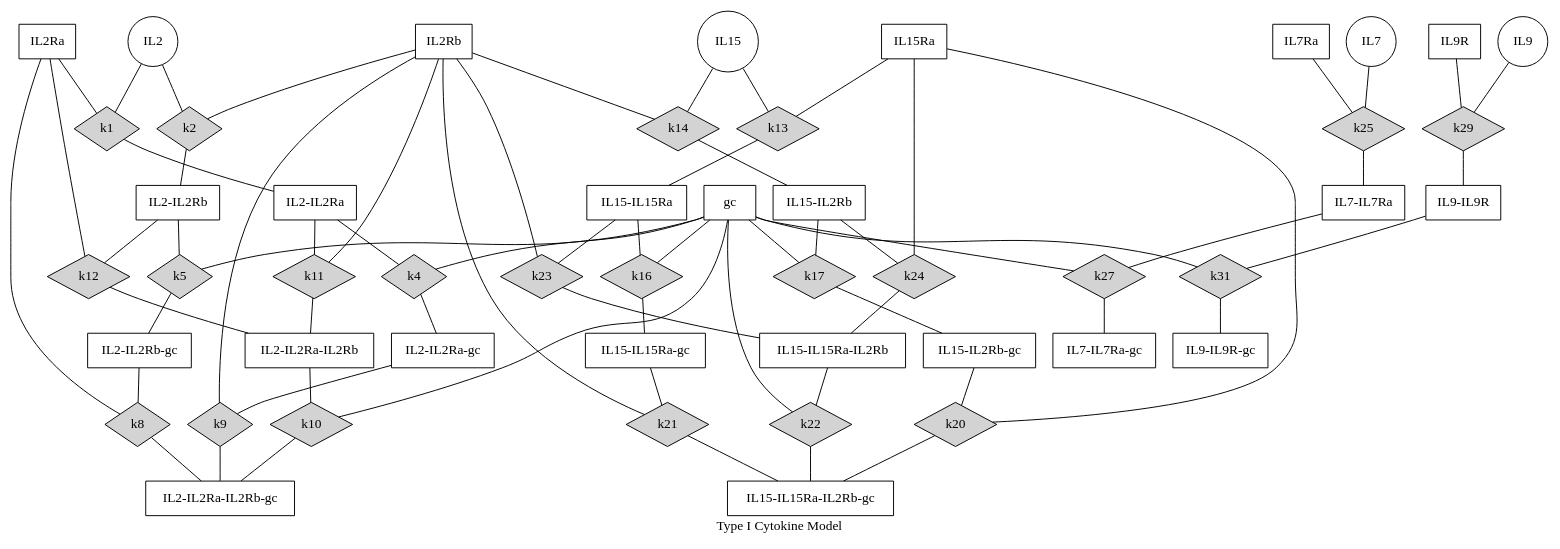
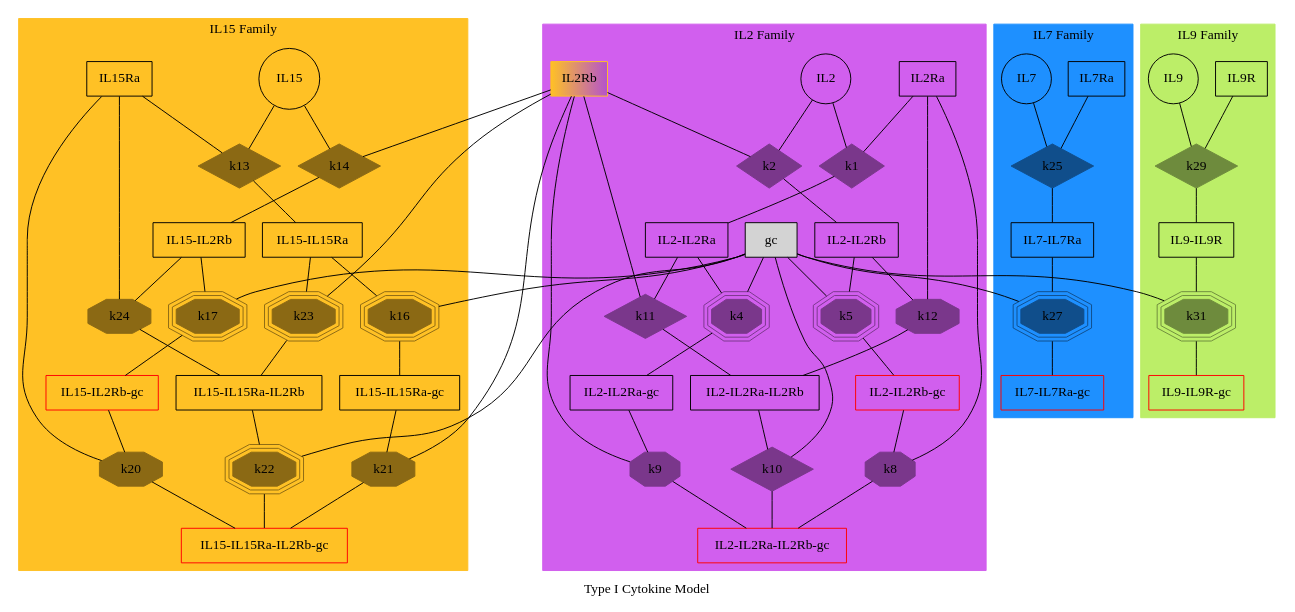
One commit to meyer-lab/gc-cytokines changed the diagram in ckine/data/graph_all.gv. Above: the diagram before and after it, drawn with Graphviz.

Commit message:
Color code the different IL families (#149)
* tried clustering IL2 family

* updated brackets

* added rough draft of image

* added colors for all families

* updated colors

* removed ligand+gc species and improved color coding

* changed shape of unknown reverse reaction rates

* deleted unnecessary file

* changed shape of rates set by detailed balance

```diff
--- a/ckine/data/graph_all.gv
+++ b/ckine/data/graph_all.gv
@@ -1,154 +1,181 @@
 ##"A few people in the field of genetics are using dot to draw "marriage node diagram"  pedigree drawings.  Here is one I have done of a test pedigree from the FTREE pedigree drawing package (Lion Share was a racehorse)." Contributed by David Duffy.
 
-##Command to get the layout: "dot -Tpng thisfile > thisfile.png"
+## Command to get the layout: "dot -Tpng thisfile > thisfile.png"
+## documentation can be found at https://graphviz.gitlab.io/documentation/
 
 digraph Ped_Lion_Share           {
 # page = "8.2677165,11.692913";
 ratio = "auto";
 mincross = 2.0;
 label = "Type I Cytokine Model";
 
-"IL2"   [shape=circle];
-"IL2Ra" [shape=box    ];
-"IL2Rb" [shape=box    ];
-"gc"    [shape=box    ];
+"IL2"   [shape=circle ];
+"IL2Ra" [shape=box   ];
+"IL2Rb" [shape=box, style=filled, color="goldenrod1:mediumorchid3"    ];
+"gc"    [shape=box, style=filled, BGCOLOR="white"  ];
 "IL2-IL2Ra" [shape=box];
 "IL2-IL2Rb" [shape=box];
 "IL2-IL2Ra" [shape=box];
 "IL2-IL2Ra" [shape=box];
 "IL2-IL2Ra-IL2Rb" [shape=box ];
 "IL2-IL2Ra-gc" [shape=box ];
-"IL2-IL2Rb-gc" [shape=box ];
-"IL2-IL2Ra-IL2Rb-gc" [shape=box ];
+"IL2-IL2Rb-gc" [shape=box, color=red ];
+"IL2-IL2Ra-IL2Rb-gc" [shape=box, color=red ];
 
 "IL15"  [shape=circle];
 "IL15Ra"    [shape=box];
 "IL15-IL15Ra"   [shape=box];
 "IL15-IL2Rb"    [shape=box];
 "IL15-IL15Ra-IL2Rb" [shape=box];
 "IL15-IL15Ra-gc"    [shape=box];
-"IL15-IL2Rb-gc" [shape=box];
-"IL15-IL15Ra-IL2Rb-gc"  [shape=box];
+"IL15-IL2Rb-gc" [shape=box, color=red];
+"IL15-IL15Ra-IL2Rb-gc"  [shape=box, color=red];
 
 "IL7"   [shape=circle];
 "IL7Ra" [shape=box];
 "IL7-IL7Ra" [shape=box];
-"IL7-IL7Ra-gc"  [shape=box];
+"IL7-IL7Ra-gc"  [shape=box, color=red];
 
 "IL9"   [shape=circle];
 "IL9R" [shape=box    ];
 "IL9-IL9R" [shape=box];
-"IL9-IL9R-gc" [shape=box ];
+"IL9-IL9R-gc" [shape=box, color=red ];
 
+subgraph cluster_IL2 {
+    style=filled;
+	color=mediumorchid2;
+	node [style=filled,color=mediumorchid4];
+    label= "IL2 Family"
 
-"k1" [shape=diamond,style=filled,height=.1,width=.1];
-"IL2" -> "k1" [dir=none,weight=1];
-"IL2Ra" -> "k1" [dir=none,weight=1];
-"k1" -> "IL2-IL2Ra" [dir=none, weight=2];
+    "k1" [shape=diamond,style=filled,height=.1,width=.1];
+    "IL2" -> "k1" [dir=none,weight=1];
+    "IL2Ra" -> "k1" [dir=none,weight=1];
+    "k1" -> "IL2-IL2Ra" [dir=none, weight=2];
 
-"k2" [shape=diamond,style=filled,height=.1,width=.1];
-"IL2" -> "k2" [dir=none,weight=1];
-"IL2Rb" -> "k2" [dir=none,weight=1];
-"k2" -> "IL2-IL2Rb" [dir=none, weight=2];
+    "k2" [shape=diamond,style=filled,height=.1,width=.1];
+    "IL2" -> "k2" [dir=none,weight=1];
+    "IL2Rb" -> "k2" [dir=none,weight=1];
+    "k2" -> "IL2-IL2Rb" [dir=none, weight=2];
 
-"k4" [shape=diamond,style=filled,height=.1,width=.1];
-"IL2-IL2Ra" -> "k4" [dir=none,weight=1];
-"gc" -> "k4" [dir=none,weight=1];
-"k4" -> "IL2-IL2Ra-gc" [dir=none, weight=2];
+    "k4" [shape=tripleoctagon,style=filled,height=.1,width=.1];
+    "IL2-IL2Ra" -> "k4" [dir=none,weight=1];
+    "gc" -> "k4" [dir=none,weight=1];
+    "k4" -> "IL2-IL2Ra-gc" [dir=none, weight=2];
 
-"k5" [shape=diamond,style=filled,height=.1,width=.1];
-"IL2-IL2Rb" -> "k5" [dir=none,weight=1];
-"gc" -> "k5" [dir=none,weight=1];
-"k5" -> "IL2-IL2Rb-gc" [dir=none, weight=2];
+    "k5" [shape=tripleoctagon,style=filled,height=.1,width=.1];
+    "IL2-IL2Rb" -> "k5" [dir=none,weight=1];
+    "gc" -> "k5" [dir=none,weight=1];
+    "k5" -> "IL2-IL2Rb-gc" [dir=none, weight=2];
 
-"k8" [shape=diamond,style=filled,height=.1,width=.1];
-"IL2-IL2Rb-gc" -> "k8" [dir=none,weight=1];
-"IL2Ra" -> "k8" [dir=none,weight=1];
-"k8" -> "IL2-IL2Ra-IL2Rb-gc" [dir=none, weight=2];
+    "k8" [shape=octagon,style=filled,height=.1,width=.1];
+    "IL2-IL2Rb-gc" -> "k8" [dir=none,weight=1];
+    "IL2Ra" -> "k8" [dir=none,weight=1];
+    "k8" -> "IL2-IL2Ra-IL2Rb-gc" [dir=none, weight=2];
 
-"k9" [shape=diamond,style=filled,height=.1,width=.1];
-"IL2-IL2Ra-gc" -> "k9" [dir=none,weight=1];
-"IL2Rb" -> "k9" [dir=none,weight=1];
-"k9" -> "IL2-IL2Ra-IL2Rb-gc" [dir=none, weight=2];
+    "k9" [shape=octagon,style=filled,height=.1,width=.1];
+    "IL2-IL2Ra-gc" -> "k9" [dir=none,weight=1];
+    "IL2Rb" -> "k9" [dir=none,weight=1];
+    "k9" -> "IL2-IL2Ra-IL2Rb-gc" [dir=none, weight=2];
 
-"k10" [shape=diamond,style=filled,height=.1,width=.1];
-"IL2-IL2Ra-IL2Rb" -> "k10" [dir=none,weight=1];
-"gc" -> "k10" [dir=none,weight=1];
-"k10" -> "IL2-IL2Ra-IL2Rb-gc" [dir=none, weight=2];
+    "k10" [shape=diamond,style=filled,height=.1,width=.1];
+    "IL2-IL2Ra-IL2Rb" -> "k10" [dir=none,weight=1];
+    "gc" -> "k10" [dir=none,weight=1];
+    "k10" -> "IL2-IL2Ra-IL2Rb-gc" [dir=none, weight=2];
 
-"k11" [shape=diamond,style=filled,height=.1,width=.1];
-"IL2-IL2Ra" -> "k11" [dir=none,weight=1];
-"IL2Rb" -> "k11" [dir=none,weight=1];
-"k11" -> "IL2-IL2Ra-IL2Rb" [dir=none, weight=2];
+    "k11" [shape=diamond,style=filled,height=.1,width=.1];
+    "IL2-IL2Ra" -> "k11" [dir=none,weight=1];
+    "IL2Rb" -> "k11" [dir=none,weight=1];
+    "k11" -> "IL2-IL2Ra-IL2Rb" [dir=none, weight=2];
 
-"k12" [shape=diamond,style=filled,height=.1,width=.1];
-"IL2-IL2Rb" -> "k12" [dir=none,weight=1];
-"IL2Ra" -> "k12" [dir=none,weight=1];
-"k12" -> "IL2-IL2Ra-IL2Rb" [dir=none, weight=2];
+    "k12" [shape=octagon,style=filled,height=.1,width=.1];
+    "IL2-IL2Rb" -> "k12" [dir=none,weight=1];
+    "IL2Ra" -> "k12" [dir=none,weight=1];
+    "k12" -> "IL2-IL2Ra-IL2Rb" [dir=none, weight=2];
+}
 
-"k13" [shape=diamond,style=filled,height=.1,width=.1];
-"IL15" -> "k13" [dir=none,weight=1];
-"IL15Ra" -> "k13" [dir=none,weight=1];
-"k13" -> "IL15-IL15Ra" [dir=none, weight=2];
+subgraph cluster_IL15 {
+    style=filled;
+	color=goldenrod1;
+	node [style=filled,color=goldenrod4];
+    label= "IL15 Family"
 
-"k14" [shape=diamond,style=filled,height=.1,width=.1];
-"IL15" -> "k14" [dir=none,weight=1];
-"IL2Rb" -> "k14" [dir=none,weight=1];
-"k14" -> "IL15-IL2Rb" [dir=none, weight=2];
+    "k13" [shape=diamond,style=filled,height=.1,width=.1];
+    "IL15" -> "k13" [dir=none,weight=1];
+    "IL15Ra" -> "k13" [dir=none,weight=1];
+    "k13" -> "IL15-IL15Ra" [dir=none, weight=2];
 
-"k16" [shape=diamond,style=filled,height=.1,width=.1];
-"IL15-IL15Ra" -> "k16" [dir=none,weight=1];
-"gc" -> "k16" [dir=none,weight=1];
-"k16" -> "IL15-IL15Ra-gc" [dir=none, weight=2];
+    "k14" [shape=diamond,style=filled,height=.1,width=.1];
+    "IL15" -> "k14" [dir=none,weight=1];
+    "IL2Rb" -> "k14" [dir=none,weight=1];
+    "k14" -> "IL15-IL2Rb" [dir=none, weight=2];
 
-"k17" [shape=diamond,style=filled,height=.1,width=.1];
-"IL15-IL2Rb" -> "k17" [dir=none,weight=1];
-"gc" -> "k17" [dir=none,weight=1];
-"k17" -> "IL15-IL2Rb-gc" [dir=none, weight=2];
+    "k16" [shape=tripleoctagon,style=filled,height=.1,width=.1];
+    "IL15-IL15Ra" -> "k16" [dir=none,weight=1];
+    "gc" -> "k16" [dir=none,weight=1];
+    "k16" -> "IL15-IL15Ra-gc" [dir=none, weight=2];
 
-"k20" [shape=diamond,style=filled,height=.1,width=.1];
-"IL15-IL2Rb-gc" -> "k20" [dir=none,weight=1];
-"IL15Ra" -> "k20" [dir=none,weight=1];
-"k20" -> "IL15-IL15Ra-IL2Rb-gc" [dir=none, weight=2];
+    "k17" [shape=tripleoctagon,style=filled,height=.1,width=.1];
+    "IL15-IL2Rb" -> "k17" [dir=none,weight=1];
+    "gc" -> "k17" [dir=none,weight=1];
+    "k17" -> "IL15-IL2Rb-gc" [dir=none, weight=2];
 
-"k21" [shape=diamond,style=filled,height=.1,width=.1];
-"IL15-IL15Ra-gc" -> "k21" [dir=none,weight=1];
-"IL2Rb" -> "k21" [dir=none,weight=1];
-"k21" -> "IL15-IL15Ra-IL2Rb-gc" [dir=none, weight=2];
+    "k20" [shape=octagon,style=filled,height=.1,width=.1];
+    "IL15-IL2Rb-gc" -> "k20" [dir=none,weight=1];
+    "IL15Ra" -> "k20" [dir=none,weight=1];
+    "k20" -> "IL15-IL15Ra-IL2Rb-gc" [dir=none, weight=2];
 
-"k22" [shape=diamond,style=filled,height=.1,width=.1];
-"IL15-IL15Ra-IL2Rb" -> "k22" [dir=none,weight=1];
-"gc" -> "k22" [dir=none,weight=1];
-"k22" -> "IL15-IL15Ra-IL2Rb-gc" [dir=none, weight=2];
+    "k21" [shape=octagon,style=filled,height=.1,width=.1];
+    "IL15-IL15Ra-gc" -> "k21" [dir=none,weight=1];
+    "IL2Rb" -> "k21" [dir=none,weight=1];
+    "k21" -> "IL15-IL15Ra-IL2Rb-gc" [dir=none, weight=2];
 
-"k23" [shape=diamond,style=filled,height=.1,width=.1];
-"IL15-IL15Ra" -> "k23" [dir=none,weight=1];
-"IL2Rb" -> "k23" [dir=none,weight=1];
-"k23" -> "IL15-IL15Ra-IL2Rb" [dir=none, weight=2];
+    "k22" [shape=tripleoctagon,style=filled,height=.1,width=.1];
+    "IL15-IL15Ra-IL2Rb" -> "k22" [dir=none,weight=1];
+    "gc" -> "k22" [dir=none,weight=1];
+    "k22" -> "IL15-IL15Ra-IL2Rb-gc" [dir=none, weight=2];
 
-"k24" [shape=diamond,style=filled,height=.1,width=.1];
-"IL15-IL2Rb" -> "k24" [dir=none,weight=1];
-"IL15Ra" -> "k24" [dir=none,weight=1];
-"k24" -> "IL15-IL15Ra-IL2Rb" [dir=none, weight=2];
+    "k23" [shape=tripleoctagon,style=filled,height=.1,width=.1];
+    "IL15-IL15Ra" -> "k23" [dir=none,weight=1];
+    "IL2Rb" -> "k23" [dir=none,weight=1];
+    "k23" -> "IL15-IL15Ra-IL2Rb" [dir=none, weight=2];
 
-"k25" [shape=diamond,style=filled,height=.1,width=.1];
-"IL7" -> "k25" [dir=none,weight=1];
-"IL7Ra" -> "k25" [dir=none,weight=1];
-"k25" -> "IL7-IL7Ra" [dir=none, weight=2];
+    "k24" [shape=octagon,style=filled,height=.1,width=.1];
+    "IL15-IL2Rb" -> "k24" [dir=none,weight=1];
+    "IL15Ra" -> "k24" [dir=none,weight=1];
+    "k24" -> "IL15-IL15Ra-IL2Rb" [dir=none, weight=2];
+    }
 
-"k27" [shape=diamond,style=filled,height=.1,width=.1];
-"IL7-IL7Ra" -> "k27" [dir=none,weight=1];
-"gc" -> "k27" [dir=none,weight=1];
-"k27" -> "IL7-IL7Ra-gc" [dir=none, weight=2];
+subgraph cluster_IL7 {
+    style=filled;
+	color=dodgerblue;
+	node [style=filled,color=dodgerblue4];
+    label= "IL7 Family"
+    
+    "k25" [shape=diamond,style=filled,height=.1,width=.1];
+    "IL7" -> "k25" [dir=none,weight=1];
+    "IL7Ra" -> "k25" [dir=none,weight=1];
+    "k25" -> "IL7-IL7Ra" [dir=none, weight=2];
 
-"k29" [shape=diamond,style=filled,height=.1,width=.1];
-"IL9" -> "k29" [dir=none,weight=1];
-"IL9R" -> "k29" [dir=none,weight=1];
-"k29" -> "IL9-IL9R" [dir=none, weight=2];
+    "k27" [shape=tripleoctagon,style=filled,height=.1,width=.1];
+    "IL7-IL7Ra" -> "k27" [dir=none,weight=1];
+    "gc" -> "k27" [dir=none,weight=1];
+    "k27" -> "IL7-IL7Ra-gc" [dir=none, weight=2];
+}
 
-"k31" [shape=diamond,style=filled,height=.1,width=.1];
-"IL9-IL9R" -> "k31" [dir=none,weight=1];
-"gc" -> "k31" [dir=none,weight=1];
-"k31" -> "IL9-IL9R-gc" [dir=none, weight=2];
+subgraph cluster_IL9 {
+    style=filled;
+	color=darkolivegreen2;
+	node [style=filled,color=darkolivegreen4];
+    label= "IL9 Family"
+    
+    "k29" [shape=diamond,style=filled,height=.1,width=.1];
+    "IL9" -> "k29" [dir=none,weight=1];
+    "IL9R" -> "k29" [dir=none,weight=1];
+    "k29" -> "IL9-IL9R" [dir=none, weight=2];
 
+    "k31" [shape=tripleoctagon,style=filled,height=.1,width=.1];
+    "IL9-IL9R" -> "k31" [dir=none,weight=1];
+    "gc" -> "k31" [dir=none,weight=1];
+    "k31" -> "IL9-IL9R-gc" [dir=none, weight=2];
 }
+}
```
